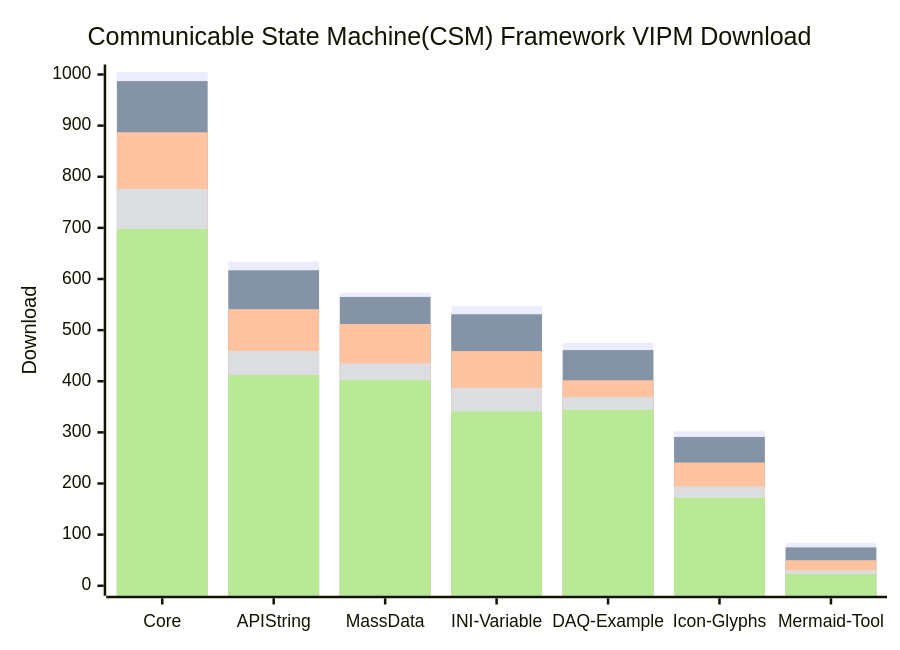
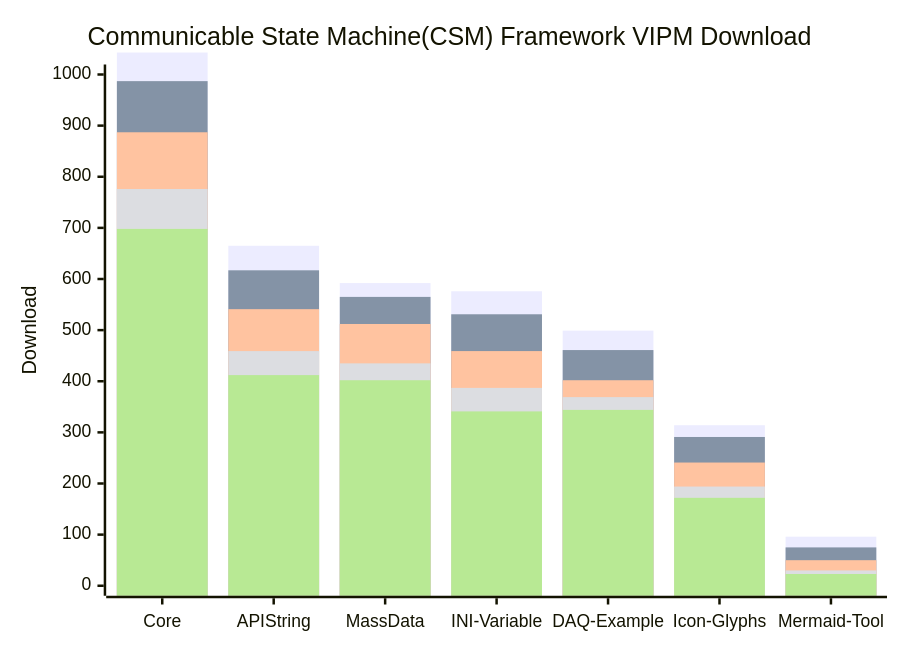
The diagram in profile/README.md (NEVSTOP-LAB/.github), drawn with Mermaid before and after one commit.

````diff
--- a/profile/README.md
+++ b/profile/README.md
@@ -31,11 +31,11 @@
 ```mermaid
     xychart-beta
     title "Communicable State Machine(CSM) Framework VIPM Download"
     x-axis [Core, API String, MassData, INI-Variable, DAQ-Example, Icon-Glyphs, Mermaid-Tool]
     y-axis "Download" 0 --> 1000
-    bar   [1005, 634, 573, 547, 475, 302, 84]
+    bar   [1043 , 665, 592, 576, 499, 314, 96]
     bar   [987, 617, 565, 531, 461, 291, 75]
     bar   [887, 541, 512, 459, 402, 241, 50]
     bar   [776, 459, 435, 387, 369, 194, 30]
     bar   [698, 412, 402, 341, 344, 172, 23]
 ```
````
